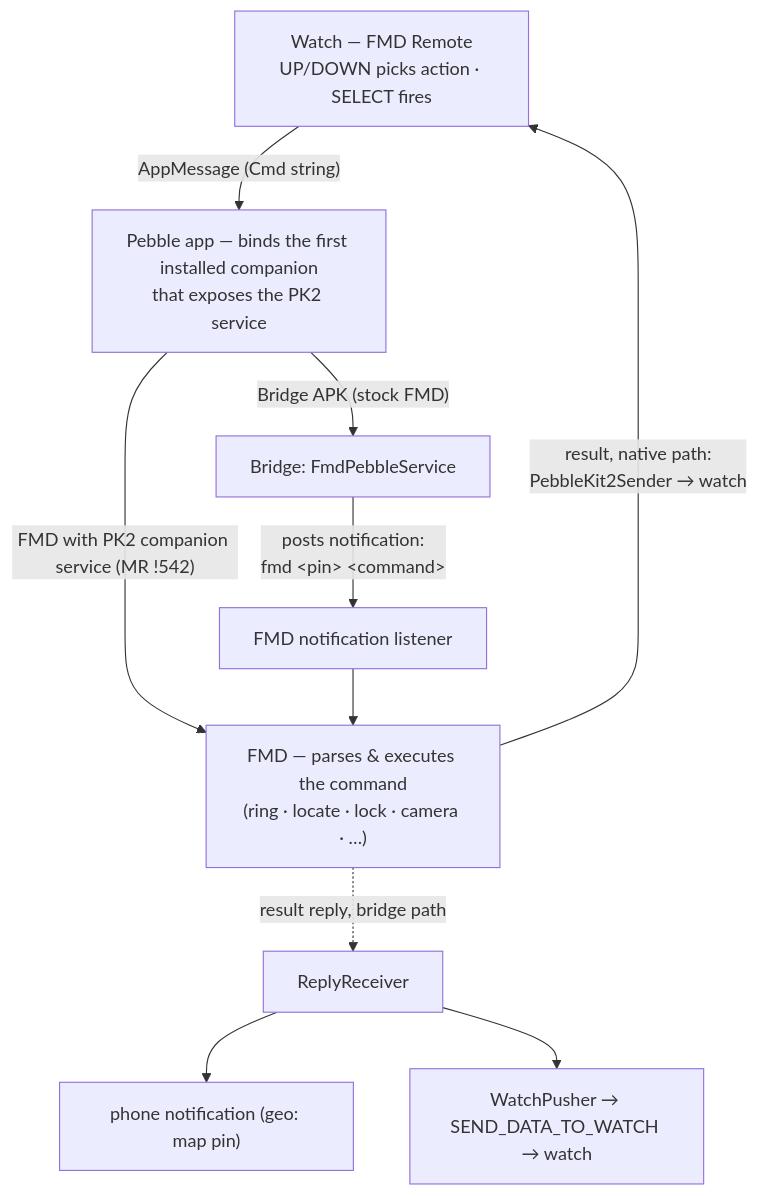
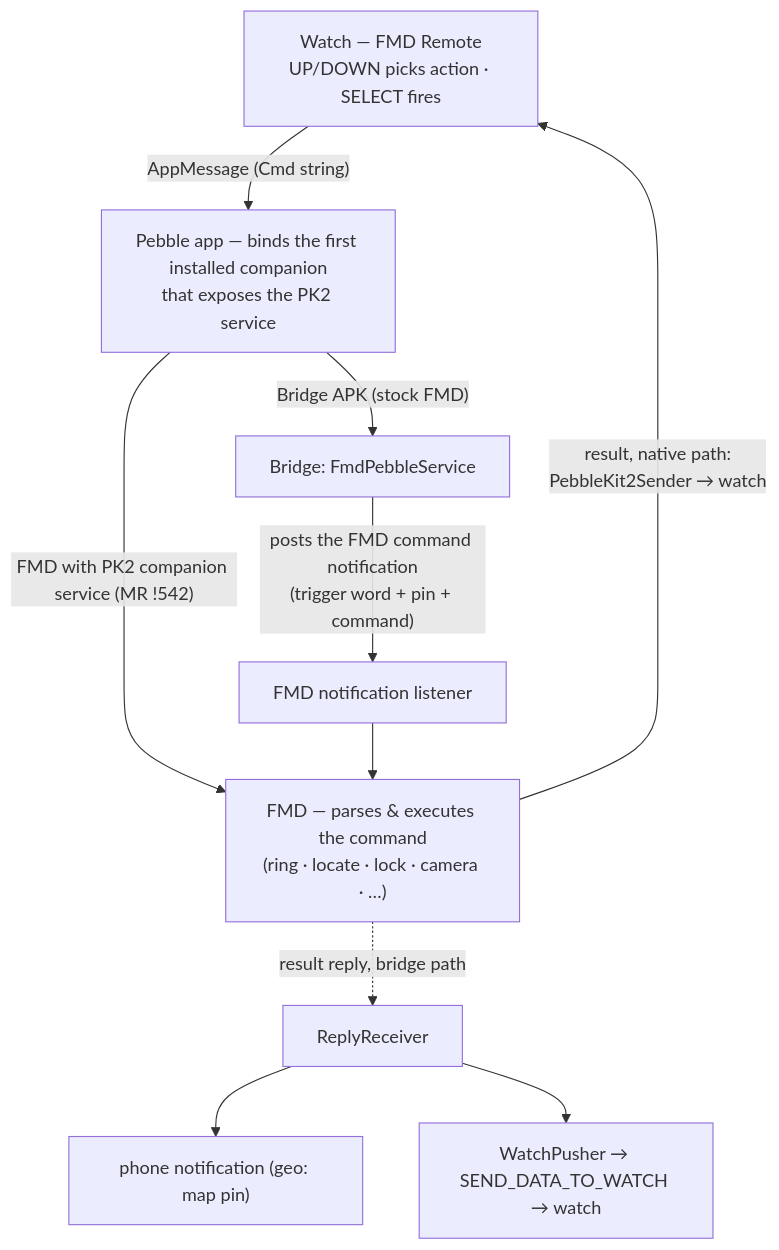
One commit to devinslick/fmd-smartwatch changed the diagram in README.md. Above: the diagram before and after it, drawn with Mermaid. The commit also changed other lines of this file, not shown here.

Commit message:
README: track watchOS; simplify mermaid label
- watchOS row: no Android link exists; only conceivable support path
  is the watch hitting the FMD server directly over its own
  LTE/Wi-Fi, never via the phone's BT
- Drop HTML entities from the mermaid edge label (rephrased in plain
  words) — the one construct with cross-version render quirks; keeps
  the 'Unable to render rich display' class of failures off the table

````diff
--- a/README.md
+++ b/README.md
@@ -49,17 +50,17 @@
 ```mermaid
 flowchart TD
     W["Watch — FMD Remote<br/>UP/DOWN picks action · SELECT fires"]
     P["Pebble app — binds the first installed companion<br/>that exposes the PK2 service"]
     FMD["FMD — parses & executes the command<br/>(ring · locate · lock · camera · …)"]
 
     W -->|"AppMessage (Cmd string)"| P
     P -->|"FMD with PK2 companion service (MR !542)"| FMD
     P -->|"Bridge APK (stock FMD)"| B["Bridge: FmdPebbleService"]
-    B -->|"posts notification:<br/>fmd &lt;pin&gt; &lt;command&gt;"| L["FMD notification listener"]
+    B -->|"posts the FMD command notification<br/>(trigger word + pin + command)"| L["FMD notification listener"]
     L --> FMD
 
     FMD -->|"result, native path:<br/>PebbleKit2Sender → watch"| W
     FMD -.->|"result reply, bridge path"| RR["ReplyReceiver"]
     RR --> PN["phone notification (geo: map pin)"]
     RR --> WP["WatchPusher → SEND_DATA_TO_WATCH → watch"]
 ```
````
